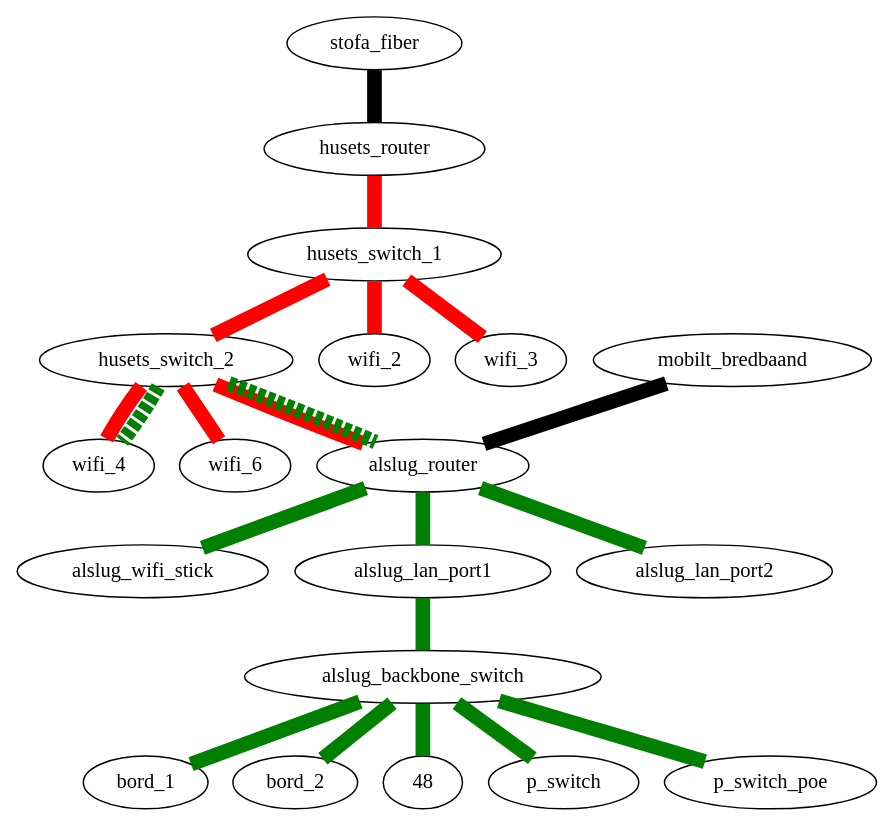
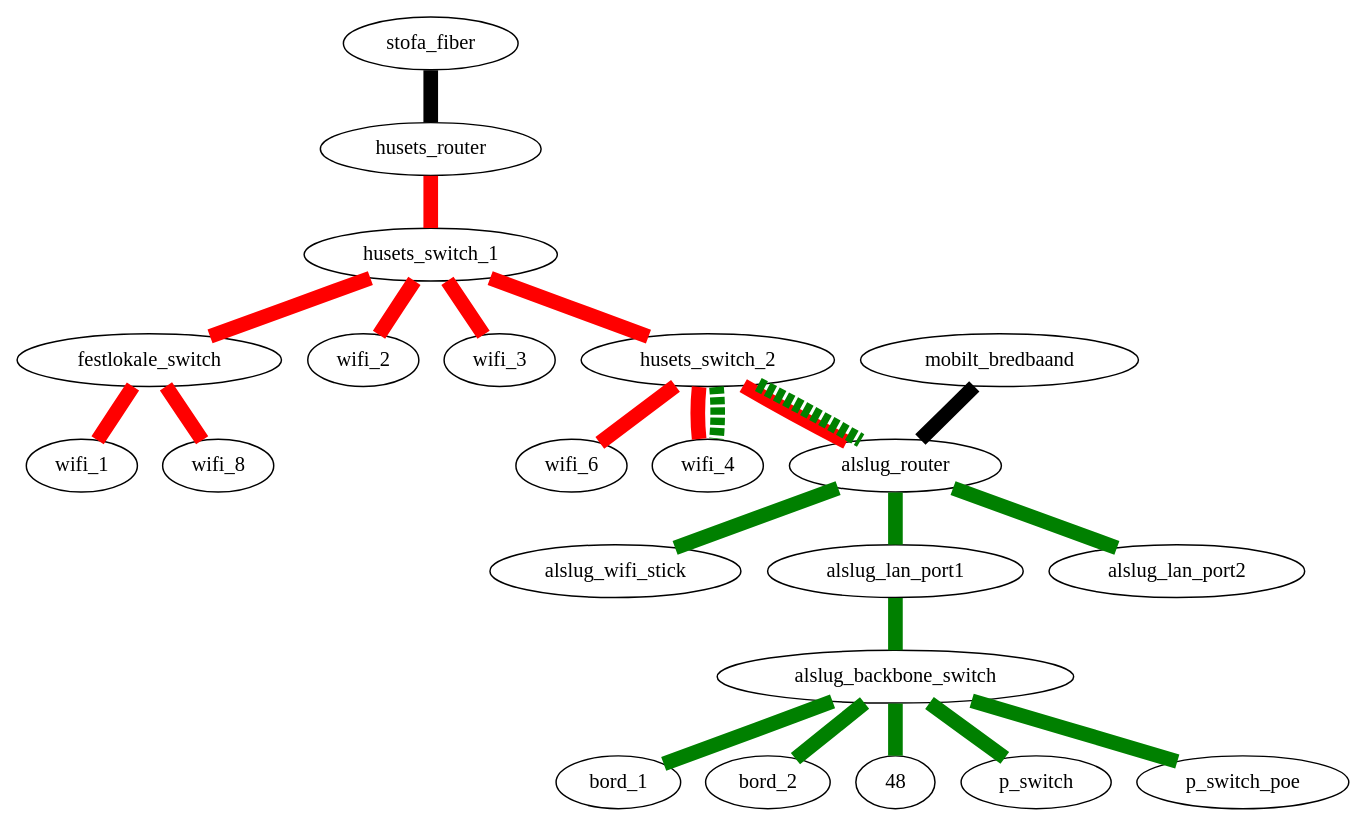
One commit to alslug/alslug.dk changed the diagram in projekter/network.dot. Above: the diagram before and after it, drawn with Graphviz.

```diff
--- a/projekter/network.dot
+++ b/projekter/network.dot
@@ -1,21 +1,22 @@
 digraph xxx {
   edge [ dir=none penwidth=10 ];
   
   // Internet forbindelser
   stofa_fiber      -> husets_router [ fillcolor=black style=filled ];
   mobilt_bredbaand -> alslug_router [ fillcolor=black style=filled ];
   
   // Husets forbindelser
   edge  [ color=red style=solid ];
-  husets_router -> husets_switch_1 -> { husets_switch_2 wifi_2 wifi_3 };
+  husets_router -> husets_switch_1 -> { husets_switch_2 festlokale_switch wifi_2 wifi_3 };
   husets_switch_2 -> { wifi_4 wifi_6 alslug_router};
+  festlokale_switch -> { wifi_1 wifi_8 };
 
   // VLAN forbindelser over bakkensbros netværk
   edge  [ color=green style=dashed ];
   husets_switch_2 -> { alslug_router wifi_4 };
   
   // Interne forbindelser
   edge [ color=green style=solid ];
   alslug_router -> { alslug_wifi_stick alslug_lan_port1 alslug_lan_port2 };
   alslug_lan_port1 -> alslug_backbone_switch -> { bord_1 bord_2 48p_switch 48p_switch_poe }
 }
```
